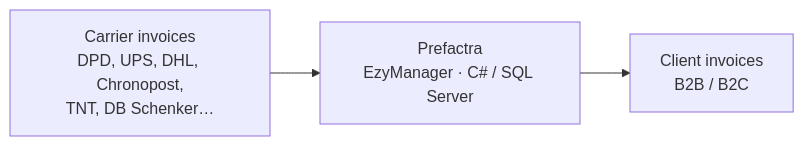
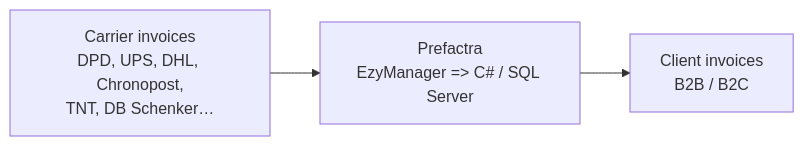
Before and after one commit to Troupote/Troupote: the second of 2 diagrams in README.md, drawn with Mermaid. The commit also changed other lines of this file, not shown here.

Commit message:
removed unesthetic stuff

````diff
--- a/README.md
+++ b/README.md
@@ -69,5 +69,5 @@
 ```mermaid
 flowchart LR
-    carriers["Carrier invoices<br/>DPD, UPS, DHL, Chronopost,<br/>TNT, DB Schenker…"] --> prefac["Prefactra<br/>EzyManager · C# / SQL Server"]
+    carriers["Carrier invoices<br/>DPD, UPS, DHL, Chronopost,<br/>TNT, DB Schenker…"] --> prefac["Prefactra<br/>EzyManager => C# / SQL Server"]
     prefac --> clients["Client invoices<br/>B2B / B2C"]
 ```
````
